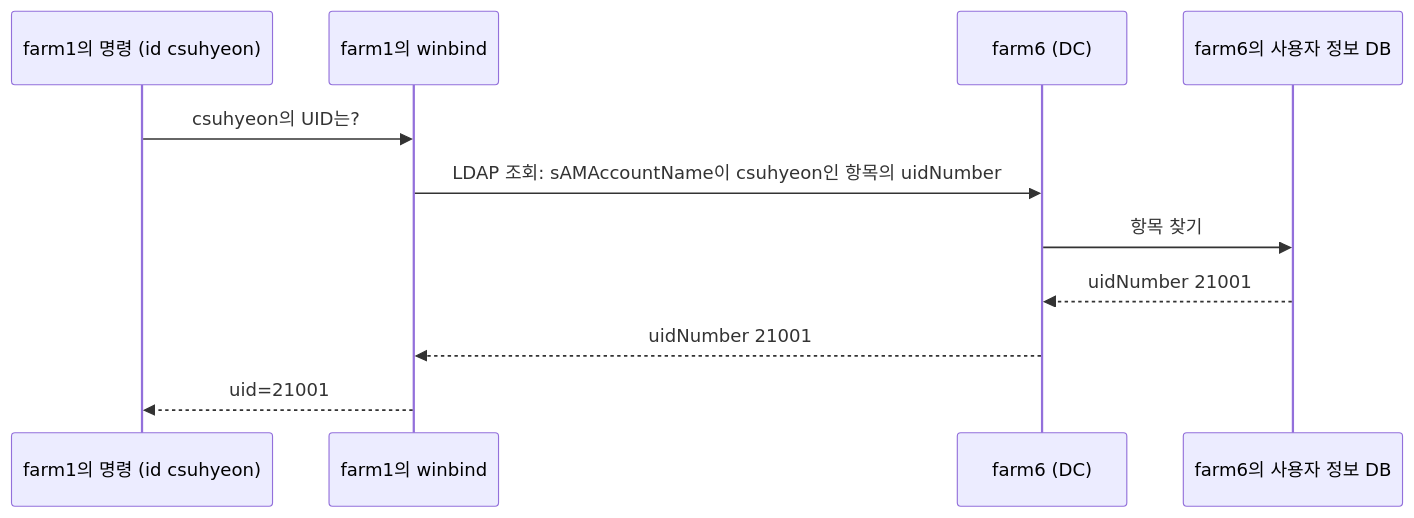
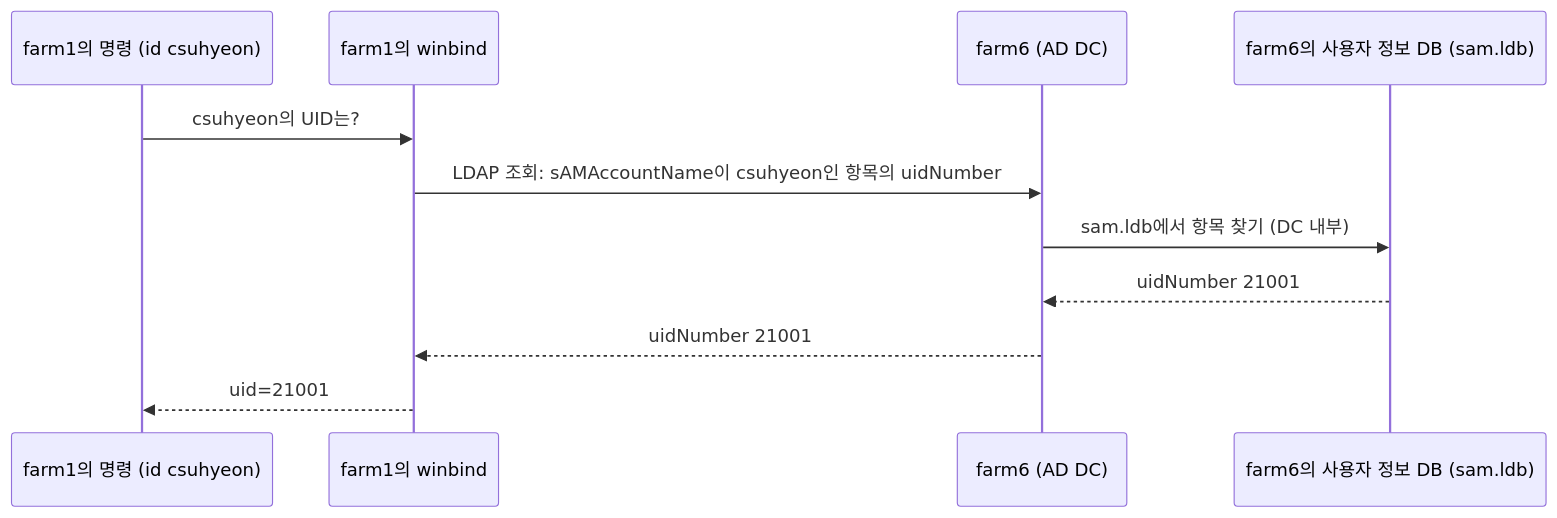
One commit to CSID-DGU/admin_wiki changed the third of 10 diagrams in md/infra/design/Kerberos-AD-Samba.md. Above: the diagram before and after it, drawn with Mermaid. The commit also changed other lines of this file, not shown here.

Commit message:
docs: NAS svcgssd 시퀀스 다이어그램 추가

````diff
--- a/md/infra/design/Kerberos-AD-Samba.md
+++ b/md/infra/design/Kerberos-AD-Samba.md
@@ -195,14 +197,14 @@
 ```mermaid
 sequenceDiagram
     participant U as farm1의 명령 (id csuhyeon)
     participant W as farm1의 winbind
-    participant DC as farm6 (DC)
-    participant DB as farm6의 사용자 정보 DB
+    participant DC as farm6 (AD DC)
+    participant DB as farm6의 사용자 정보 DB (sam.ldb)
 
     U->>W: csuhyeon의 UID는?
     W->>DC: LDAP 조회: sAMAccountName이 csuhyeon인 항목의 uidNumber
-    DC->>DB: 항목 찾기
+    DC->>DB: sam.ldb에서 항목 찾기 (DC 내부)
     DB-->>DC: uidNumber 21001
     DC-->>W: uidNumber 21001
     W-->>U: uid=21001
 ```
````
